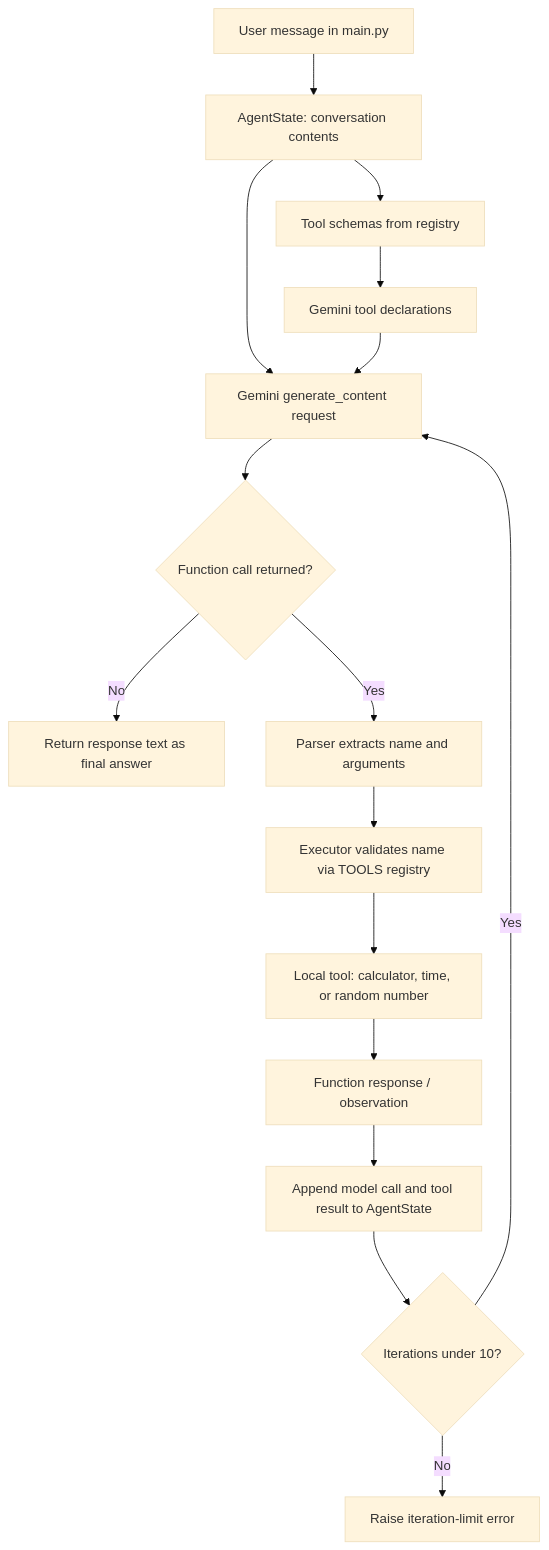
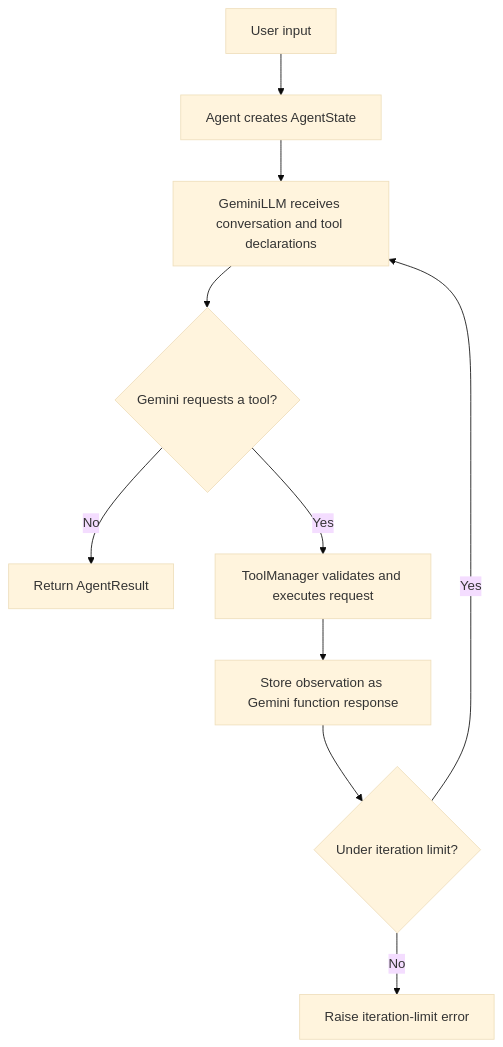
Before and after one commit to Abhi-326-coder/Agentic-Ai-Notes: the diagram in mini-projects/Mini-Agent-1/README.md, drawn with Mermaid (base theme). The commit also changed other lines of this file and 5 other files, not shown here.

````diff
--- a/mini-projects/Mini-Agent-1/README.md
+++ b/mini-projects/Mini-Agent-1/README.md
@@ -100,18 +119,12 @@
 ```mermaid
 flowchart TD
-    A[User message in main.py] --> B[AgentState: conversation contents]
-    B --> C[Tool schemas from registry]
-    C --> D[Gemini tool declarations]
-    B --> E[Gemini generate_content request]
-    D --> E
-    E --> F{Function call returned?}
-    F -- No --> G[Return response text as final answer]
-    F -- Yes --> H[Parser extracts name and arguments]
-    H --> I[Executor validates name via TOOLS registry]
-    I --> J[Local tool: calculator, time, or random number]
-    J --> K[Function response / observation]
-    K --> L[Append model call and tool result to AgentState]
-    L --> M{Iterations under 10?}
-    M -- Yes --> E
-    M -- No --> N[Raise iteration-limit error]
+    A[User input] --> B[Agent creates AgentState]
+    B --> C[GeminiLLM receives conversation and tool declarations]
+    C --> D{Gemini requests a tool?}
+    D -- No --> E[Return AgentResult]
+    D -- Yes --> F[ToolManager validates and executes request]
+    F --> G[Store observation as Gemini function response]
+    G --> H{Under iteration limit?}
+    H -- Yes --> C
+    H -- No --> I[Raise iteration-limit error]
 ```
````
